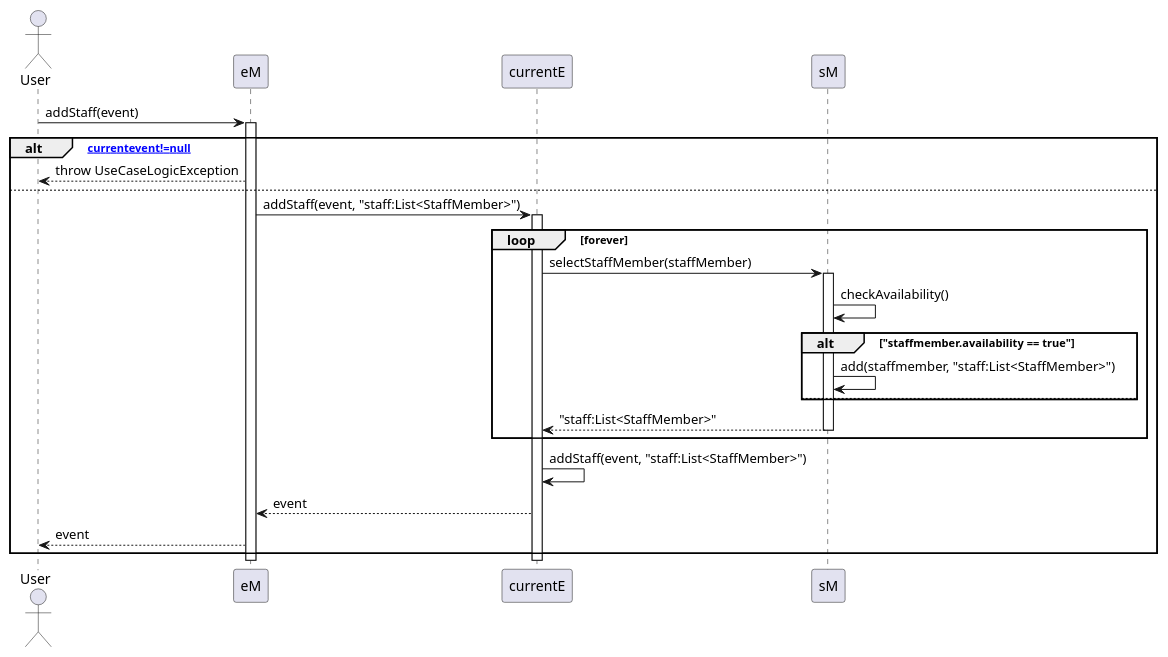
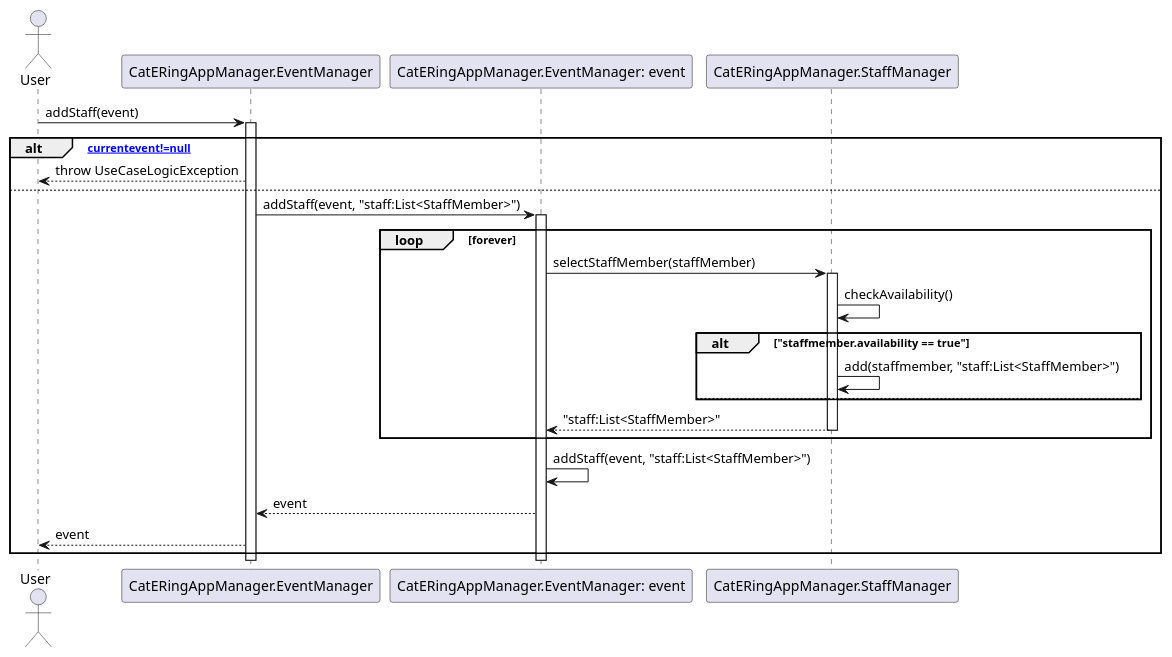
Before and after one commit to m0canu1/sas: the diagram in dsd/dsd-eventi/scenarioPrincipale/assegnaPersonale.md, drawn with PlantUML. The commit also changed 7 other files, not shown here.

````diff
--- a/dsd/dsd-eventi/scenarioPrincipale/assegnaPersonale.md
+++ b/dsd/dsd-eventi/scenarioPrincipale/assegnaPersonale.md
@@ -1,38 +1,38 @@
 ```plantuml
 Actor User
-Participant eM
-Participant currentE
-Participant sM
+Participant "CatERingAppManager.EventManager"
+Participant "CatERingAppManager.EventManager: event"
+Participant "CatERingAppManager.StaffManager"
 
-User -> eM: addStaff(event)
-Activate eM
+User -> "CatERingAppManager.EventManager": addStaff(event)
+Activate "CatERingAppManager.EventManager"
 alt [currentevent!=null]
-    eM --> User: throw UseCaseLogicException
+    "CatERingAppManager.EventManager" --> User: throw UseCaseLogicException
 else
-    eM -> currentE: addStaff(event, "staff:List<StaffMember>")
-    Activate currentE
+    "CatERingAppManager.EventManager" -> "CatERingAppManager.EventManager: event": addStaff(event, "staff:List<StaffMember>")
+    Activate "CatERingAppManager.EventManager: event"
     
     loop forever
-        currentE -> sM: selectStaffMember(staffMember)
-        Activate sM
+        "CatERingAppManager.EventManager: event" -> "CatERingAppManager.StaffManager": selectStaffMember(staffMember)
+        Activate "CatERingAppManager.StaffManager"
         
-        sM -> sM: checkAvailability()
+        "CatERingAppManager.StaffManager" -> "CatERingAppManager.StaffManager": checkAvailability()
         alt "staffmember.availability == true"
-            sM -> sM: add(staffmember, "staff:List<StaffMember>")
+            "CatERingAppManager.StaffManager" -> "CatERingAppManager.StaffManager": add(staffmember, "staff:List<StaffMember>")
         else
         
         end
-        sM --> currentE: "staff:List<StaffMember>"
-        Deactivate sM
+        "CatERingAppManager.StaffManager" --> "CatERingAppManager.EventManager: event": "staff:List<StaffMember>"
+        Deactivate "CatERingAppManager.StaffManager"
     end
-    currentE -> currentE: addStaff(event, "staff:List<StaffMember>")
+    "CatERingAppManager.EventManager: event" -> "CatERingAppManager.EventManager: event": addStaff(event, "staff:List<StaffMember>")
     
-    currentE --> eM: event
-    eM --> User: event
+    "CatERingAppManager.EventManager: event" --> "CatERingAppManager.EventManager": event
+    "CatERingAppManager.EventManager" --> User: event
 end
-Deactivate eM
-Deactivate currentE
+Deactivate "CatERingAppManager.EventManager"
+Deactivate "CatERingAppManager.EventManager: event"
 
 
 
 ```
````
